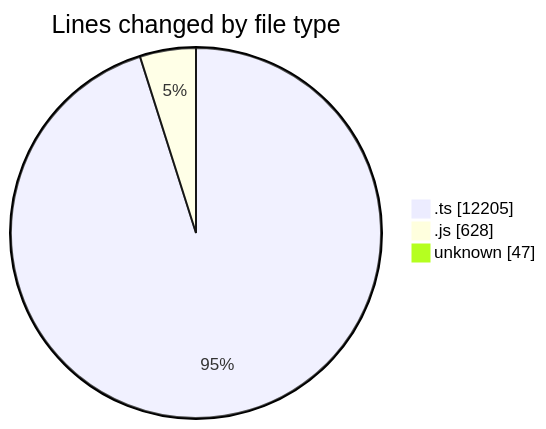
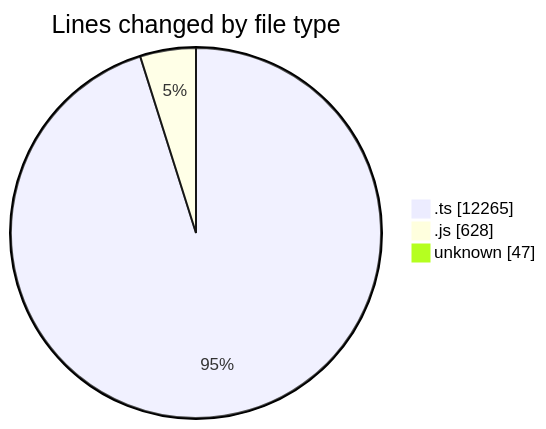
The first of 2 diagrams in 2025-09-05/cda/README.md (momahboobian/code-tracking), drawn with Mermaid before and after one commit. The commit also changed other lines of this file and 1 other file, not shown here.

````diff
--- a/2025-09-05/cda/README.md
+++ b/2025-09-05/cda/README.md
@@ -25,7 +25,7 @@
 ```mermaid
 pie showData
 title Lines changed by file type
-".ts" : 12205
+".ts" : 12265
 ".js" : 628
 "unknown" : 47
 ```
````
